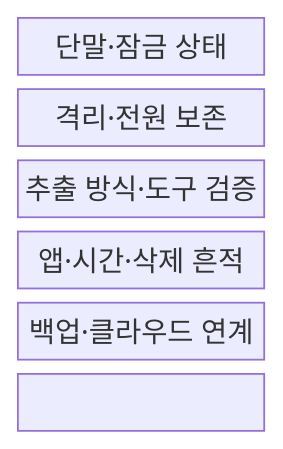
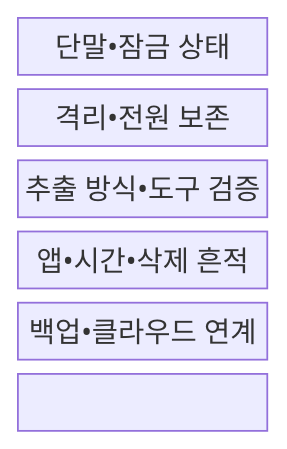
One commit to agnusdei1207/knowledge-base changed the first of 2 diagrams in src/content/docs/notes/05-security/115_mobile_forensics.md. Above: the diagram before and after it, drawn with Mermaid. The commit also changed other lines of this file and 953 other files, not shown here.

````diff
--- a/src/content/docs/notes/05-security/115_mobile_forensics.md
+++ b/src/content/docs/notes/05-security/115_mobile_forensics.md
@@ -64,11 +64,11 @@
 ```mermaid
 block-beta
   columns 1
-  S["단말·잠금 상태"]
-  P["격리·전원 보존"]
-  A["추출 방식·도구 검증"]
-  D["앱·시간·삭제 흔적"]
-  C["백업·클라우드 연계"]
+  S["단말•잠금 상태"]
+  P["격리•전원 보존"]
+  A["추출 방식•도구 검증"]
+  D["앱•시간•삭제 흔적"]
+  C["백업•클라우드 연계"]
   S --- P --- A
   A --- D --- C
 ```
````
